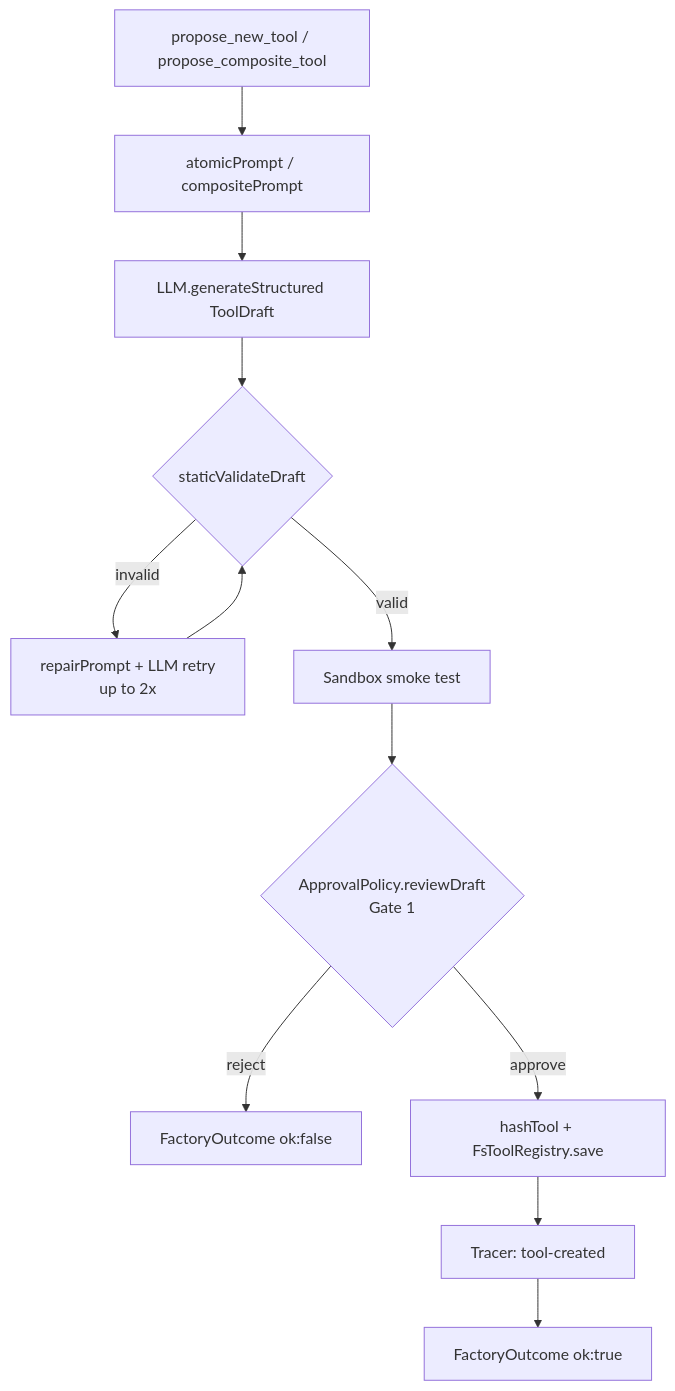
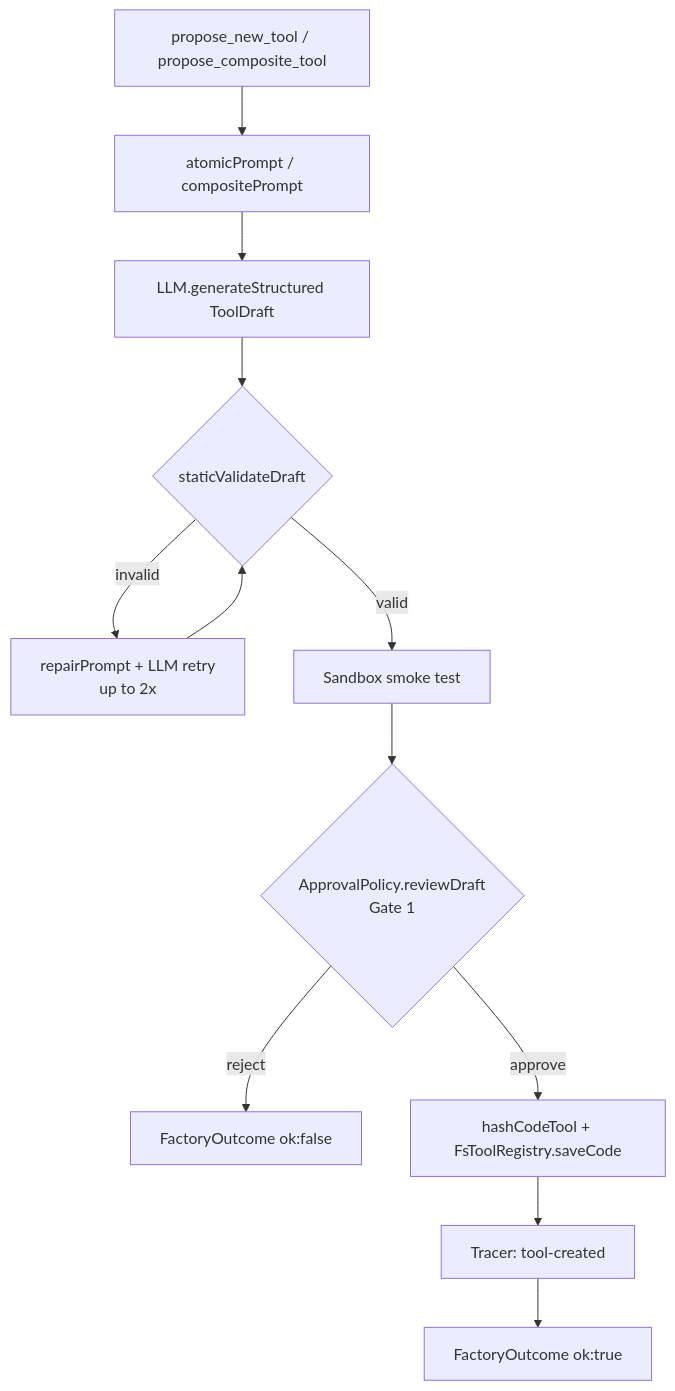
The third of 7 diagrams in docs/repo_structure.md (slior/meta-agent), drawn with Mermaid before and after one commit. The commit also changed other lines of this file and 55 other files, not shown here.

First line of the commit message:
Refactor tool registry and integrity verification

````diff
--- a/docs/repo_structure.md
+++ b/docs/repo_structure.md
@@ -417,14 +436,14 @@
 ```mermaid
 flowchart TD
     A[propose_new_tool / propose_composite_tool] --> B[atomicPrompt / compositePrompt]
     B --> C[LLM.generateStructured ToolDraft]
     C --> D{staticValidateDraft}
     D -- invalid --> E[repairPrompt + LLM retry\nup to 2x]
     E --> D
     D -- valid --> F[Sandbox smoke test]
     F --> G{ApprovalPolicy.reviewDraft\nGate 1}
     G -- reject --> H[FactoryOutcome ok:false]
-    G -- approve --> I[hashTool + FsToolRegistry.save]
+    G -- approve --> I[hashCodeTool + FsToolRegistry.saveCode]
     I --> J[Tracer: tool-created]
     J --> K[FactoryOutcome ok:true]
 ```
````
